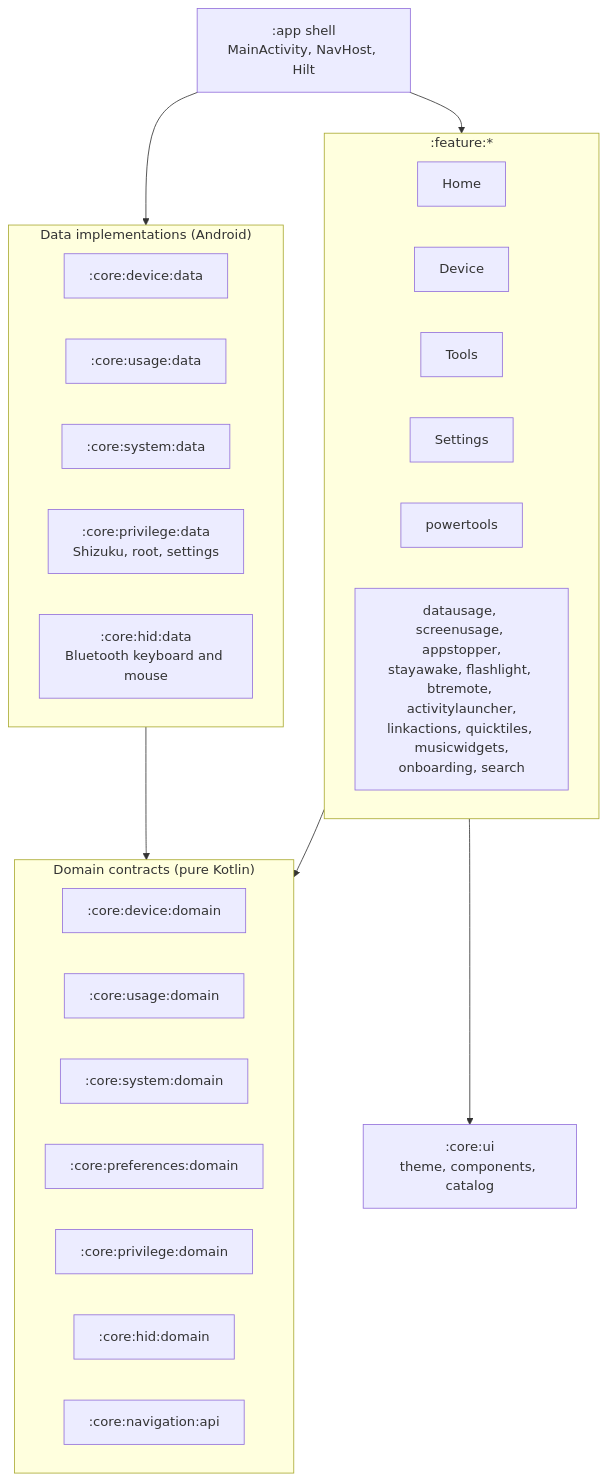
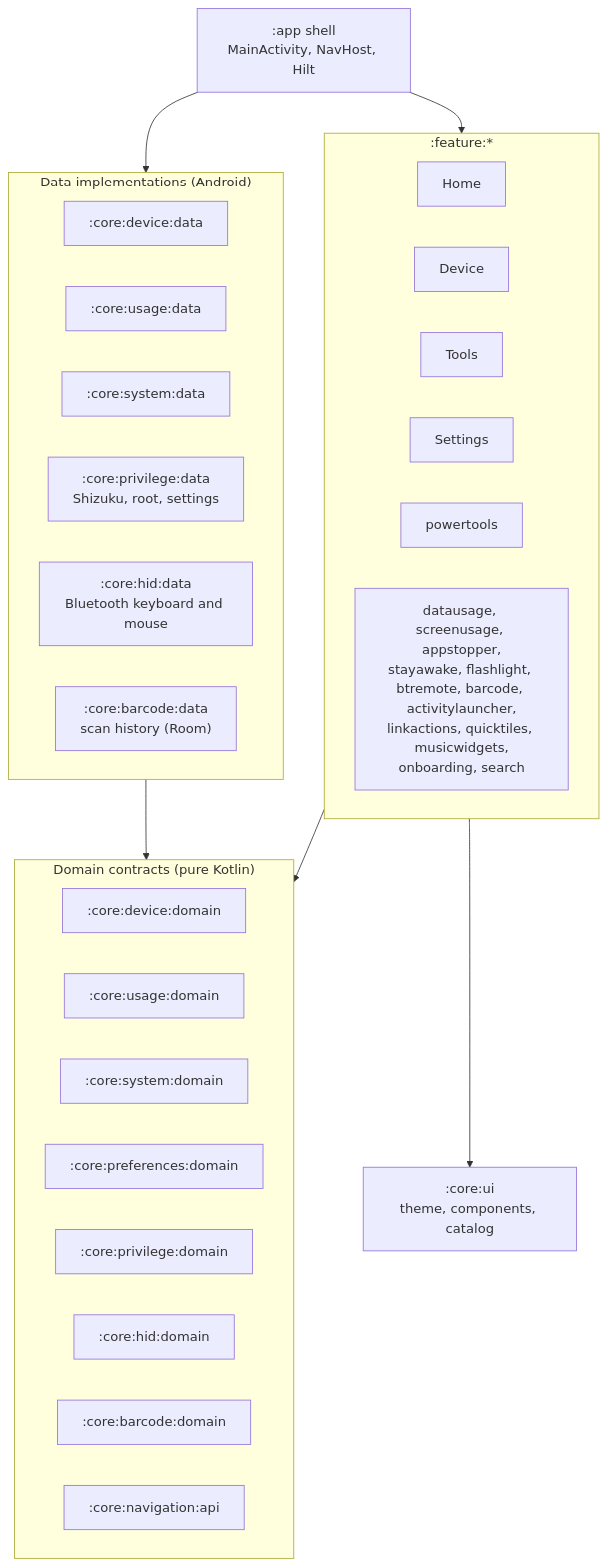
The diagram in DEVELOPMENT.md (qtremors/osyster), drawn with Mermaid before and after one commit. The commit also changed other lines of this file and 43 other files, not shown here.

Commit message:
v0.3.5: Barcode Scanner With Camera, Torch And Zoom, Picture Crop, Share Sheet, Actions, Search Sites, And History

````diff
--- a/DEVELOPMENT.md
+++ b/DEVELOPMENT.md
@@ -35,17 +36,17 @@
 ```mermaid
 flowchart TD
     App[":app shell<br/>MainActivity, NavHost, Hilt"] --> Features
     subgraph Features[":feature:*"]
-        Home & Device & Tools & Settings & PowerTools["powertools"] & More["datausage, screenusage, appstopper,<br/>stayawake, flashlight, btremote, activitylauncher,<br/>linkactions, quicktiles, musicwidgets,<br/>onboarding, search"]
+        Home & Device & Tools & Settings & PowerTools["powertools"] & More["datausage, screenusage, appstopper,<br/>stayawake, flashlight, btremote, barcode, activitylauncher,<br/>linkactions, quicktiles, musicwidgets,<br/>onboarding, search"]
     end
     Features --> Domain
     subgraph Domain["Domain contracts (pure Kotlin)"]
-        DD[":core:device:domain"] & UD[":core:usage:domain"] & SD[":core:system:domain"] & PD[":core:preferences:domain"] & PrD[":core:privilege:domain"] & HD[":core:hid:domain"] & Nav[":core:navigation:api"]
+        DD[":core:device:domain"] & UD[":core:usage:domain"] & SD[":core:system:domain"] & PD[":core:preferences:domain"] & PrD[":core:privilege:domain"] & HD[":core:hid:domain"] & BD[":core:barcode:domain"] & Nav[":core:navigation:api"]
     end
     Features --> UI[":core:ui<br/>theme, components, catalog"]
     App --> Data
     subgraph Data["Data implementations (Android)"]
-        DDa[":core:device:data"] & UDa[":core:usage:data"] & SDa[":core:system:data"] & PrDa[":core:privilege:data<br/>Shizuku, root, settings"] & HDa[":core:hid:data<br/>Bluetooth keyboard and mouse"]
+        DDa[":core:device:data"] & UDa[":core:usage:data"] & SDa[":core:system:data"] & PrDa[":core:privilege:data<br/>Shizuku, root, settings"] & HDa[":core:hid:data<br/>Bluetooth keyboard and mouse"] & BDa[":core:barcode:data<br/>scan history (Room)"]
     end
     Data --> Domain
 ```
````
